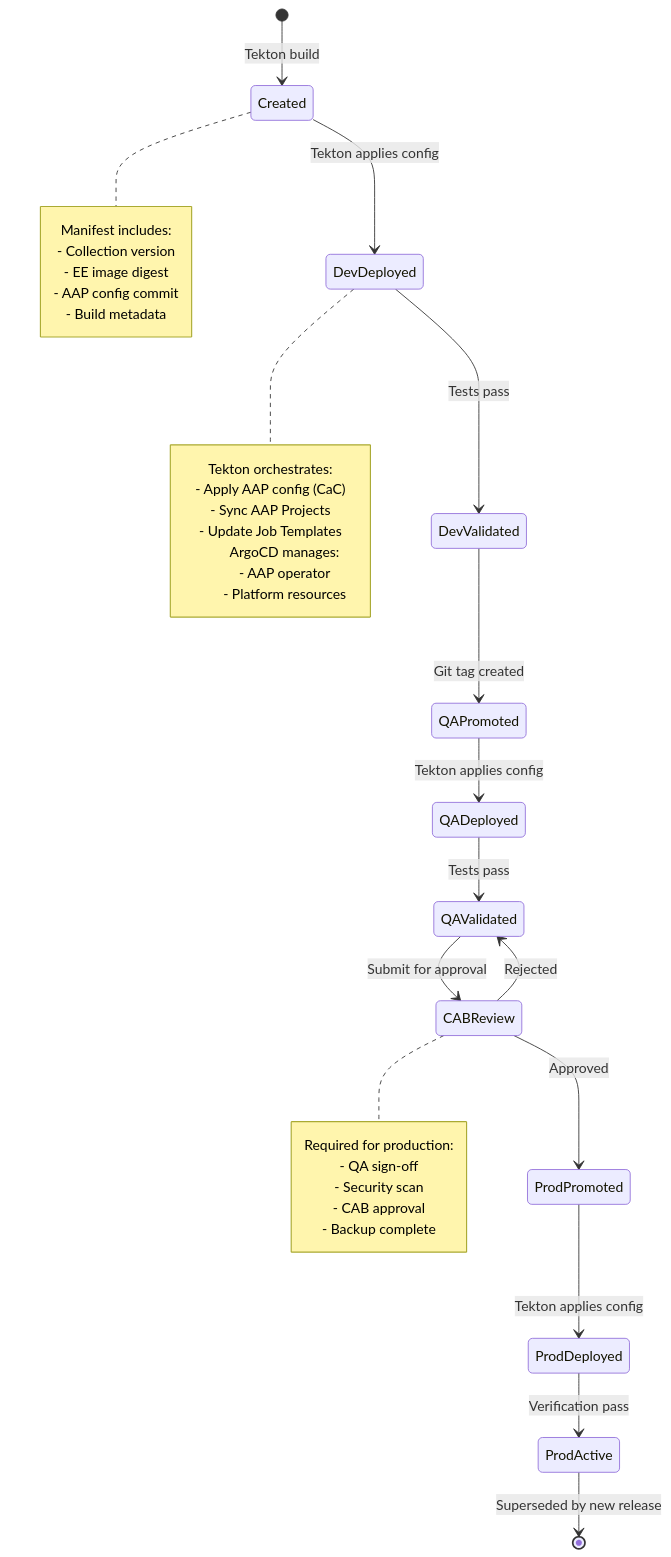
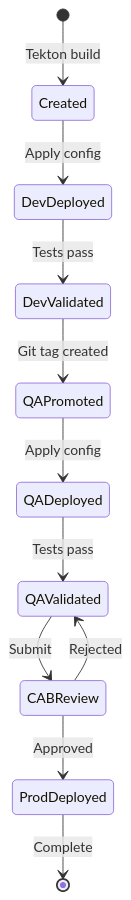
One commit to djdanielsson/rh1-docs changed the sixth of 6 diagrams in docs/diagrams/PROMOTION-FLOW.md. Above: the diagram before and after it, drawn with Mermaid. The commit also changed other lines of this file and 20 other files, not shown here.

````diff
--- a/docs/diagrams/PROMOTION-FLOW.md
+++ b/docs/diagrams/PROMOTION-FLOW.md
@@ -549,42 +167,13 @@
 ```mermaid
 stateDiagram-v2
     [*] --> Created: Tekton build
-    Created --> DevDeployed: Tekton applies config
+    Created --> DevDeployed: Apply config
     DevDeployed --> DevValidated: Tests pass
     DevValidated --> QAPromoted: Git tag created
-    QAPromoted --> QADeployed: Tekton applies config
+    QAPromoted --> QADeployed: Apply config
     QADeployed --> QAValidated: Tests pass
-    QAValidated --> CABReview: Submit for approval
-    CABReview --> ProdPromoted: Approved
+    QAValidated --> CABReview: Submit
+    CABReview --> ProdDeployed: Approved
     CABReview --> QAValidated: Rejected
-    ProdPromoted --> ProdDeployed: Tekton applies config
-    ProdDeployed --> ProdActive: Verification pass
-    ProdActive --> [*]: Superseded by new release
-
-    note right of Created
-        Manifest includes:
-        - Collection version
-        - EE image digest
-        - AAP config commit
-        - Build metadata
-    end note
-
-    note right of DevDeployed
-        Tekton orchestrates:
-        - Apply AAP config (CaC)
-        - Sync AAP Projects
-        - Update Job Templates
-
-        ArgoCD manages:
-        - AAP operator
-        - Platform resources
-    end note
-
-    note right of CABReview
-        Required for production:
-        - QA sign-off
-        - Security scan
-        - CAB approval
-        - Backup complete
-    end note
+    ProdDeployed --> [*]: Complete
 ```
````
